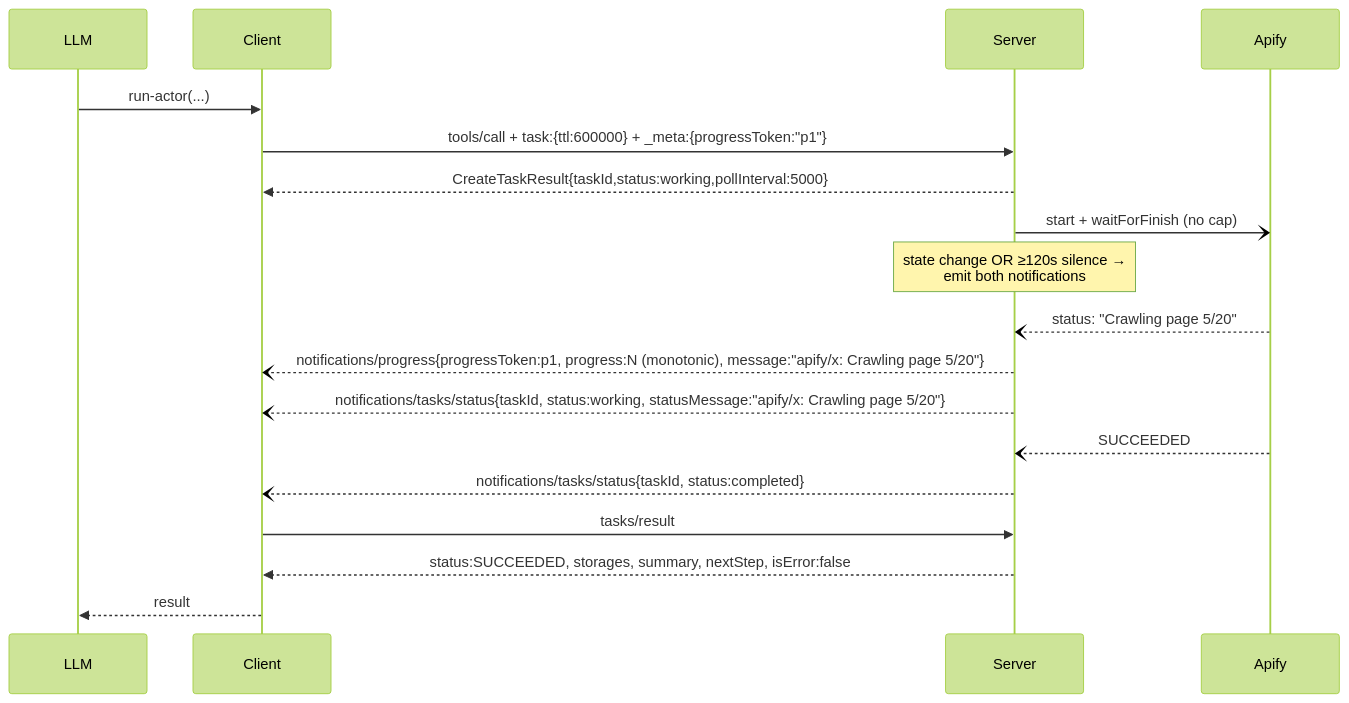
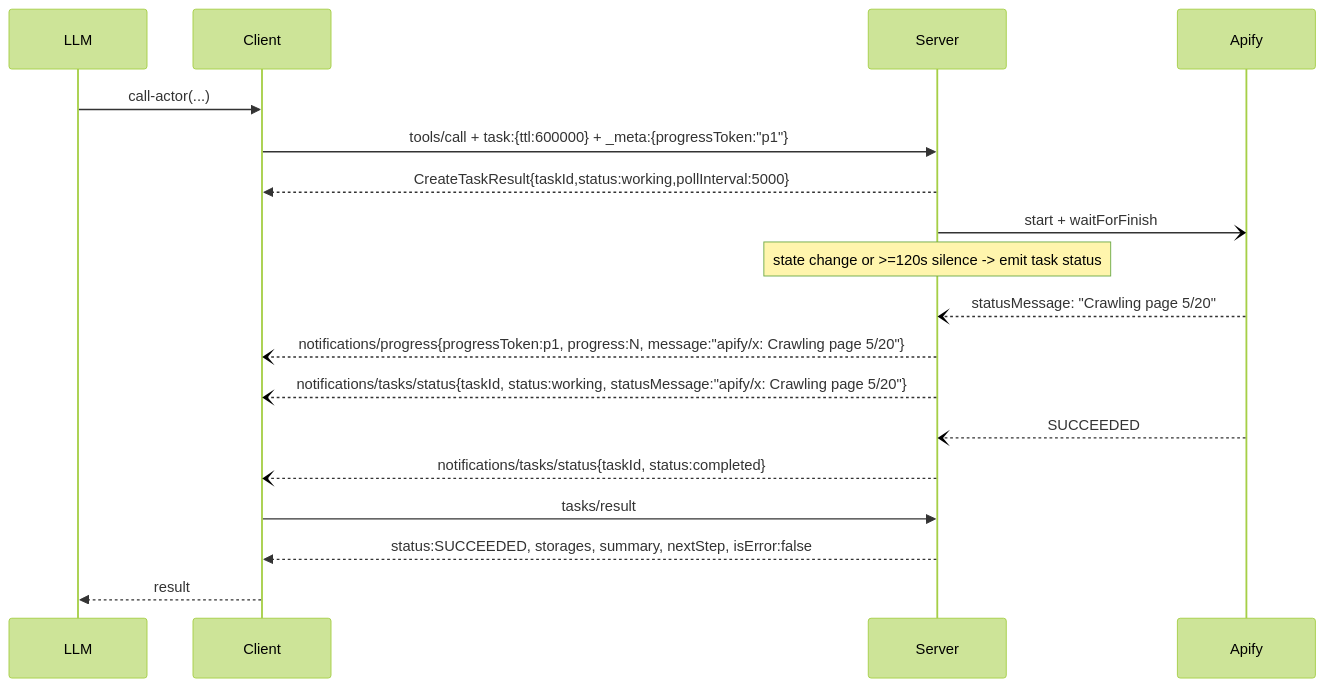
The second of 2 diagrams in res/call_actor_redesign_v3.1.md (apify/apify-mcp-server), drawn with Mermaid (forest theme) before and after one commit. The commit also changed other lines of this file, not shown here.

````diff
--- a/res/call_actor_redesign_v3.1.md
+++ b/res/call_actor_redesign_v3.1.md
@@ -280,20 +347,20 @@
 ```mermaid
 sequenceDiagram
   participant LLM
   participant Client
   participant Server
   participant Apify
-  LLM->>Client: run-actor(...)
+  LLM->>Client: call-actor(...)
   Client->>Server: tools/call + task:{ttl:600000} + _meta:{progressToken:"p1"}
   Server-->>Client: CreateTaskResult{taskId,status:working,pollInterval:5000}
-  Server-)Apify: start + waitForFinish (no cap)
-  Note over Server: state change OR ≥120s silence →<br/>emit both notifications
-  Apify--)Server: status: "Crawling page 5/20"
-  Server--)Client: notifications/progress{progressToken:p1, progress:N (monotonic), message:"apify/x: Crawling page 5/20"}
+  Server-)Apify: start + waitForFinish
+  Note over Server: state change or >=120s silence -> emit task status
+  Apify--)Server: statusMessage: "Crawling page 5/20"
+  Server--)Client: notifications/progress{progressToken:p1, progress:N, message:"apify/x: Crawling page 5/20"}
   Server--)Client: notifications/tasks/status{taskId, status:working, statusMessage:"apify/x: Crawling page 5/20"}
   Apify--)Server: SUCCEEDED
   Server--)Client: notifications/tasks/status{taskId, status:completed}
   Client->>Server: tasks/result
   Server-->>Client: status:SUCCEEDED, storages, summary, nextStep, isError:false
   Client-->>LLM: result
 ```
````
